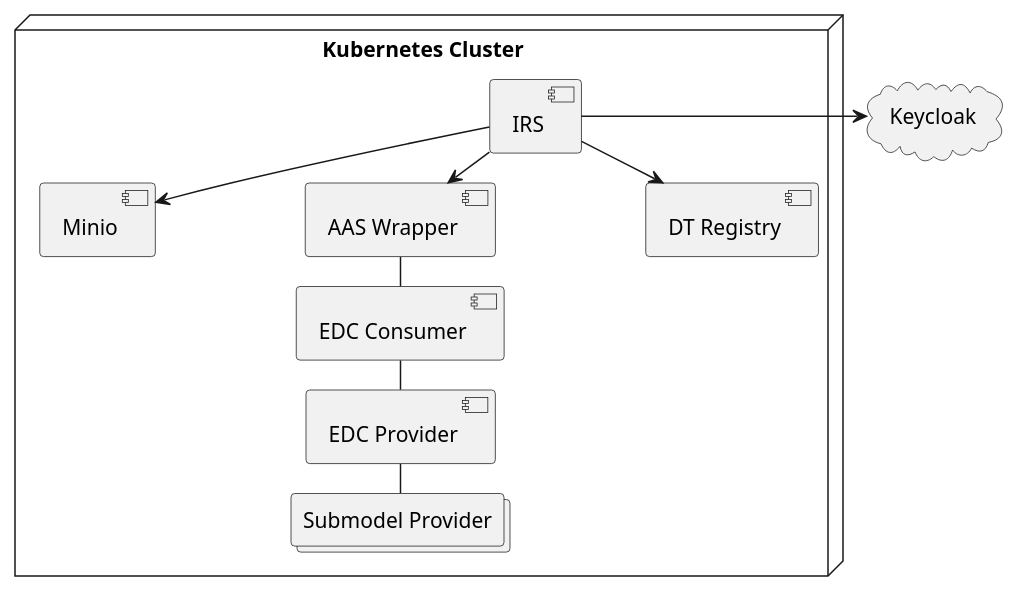
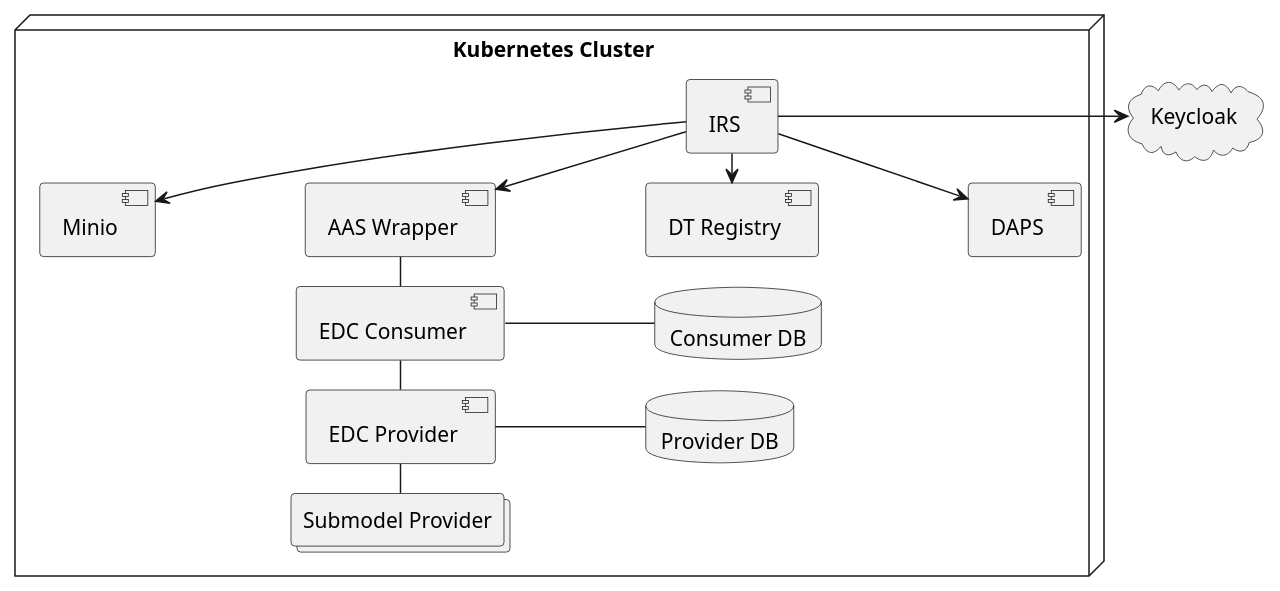
One commit to eclipse-tractusx/item-relationship-service changed the diagram in uml-diagrams/deployment-view/level-0-dev.puml. Above: the diagram before and after it, drawn with PlantUML.

Commit message:
chore(uml):[-] Add daps and edc db to cluster

```diff
--- a/uml-diagrams/deployment-view/level-0-dev.puml
+++ b/uml-diagrams/deployment-view/level-0-dev.puml
@@ -1,31 +1,37 @@
 @startuml
 skinparam monochrome true
 skinparam shadowing false
 skinparam nodesep 100
 skinparam ranksep 20
 
 cloud Keycloak
 
 node "Kubernetes Cluster" as k8s {
 
     component IRS
     component Minio
     component "AAS Wrapper" as aasw
     component "DT Registry" as dtr
     component "EDC Consumer" as consumer
     component "EDC Provider" as provider
+    database "Consumer DB" as cdb
+    database "Provider DB" as pdb
+    component "DAPS" as daps
     collections "Submodel Provider" as submodel
 
 
     IRS --> Minio
     IRS --> aasw
     IRS --> dtr
+    IRS --> daps
     aasw -- consumer
     consumer -- provider
     provider -- submodel
+    consumer - cdb
+    provider - pdb
 
 }
 
 IRS -> Keycloak
 
 @enduml
```
